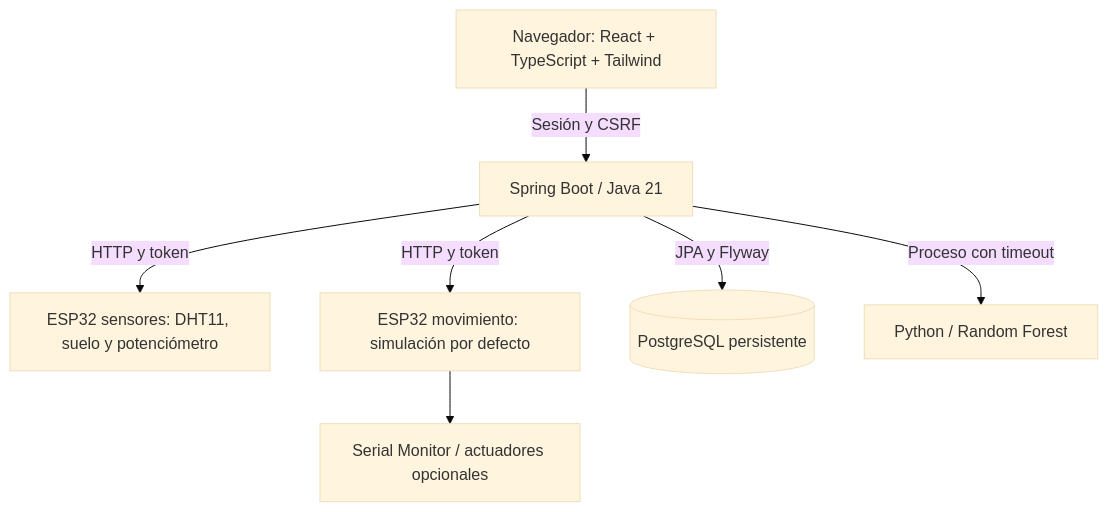
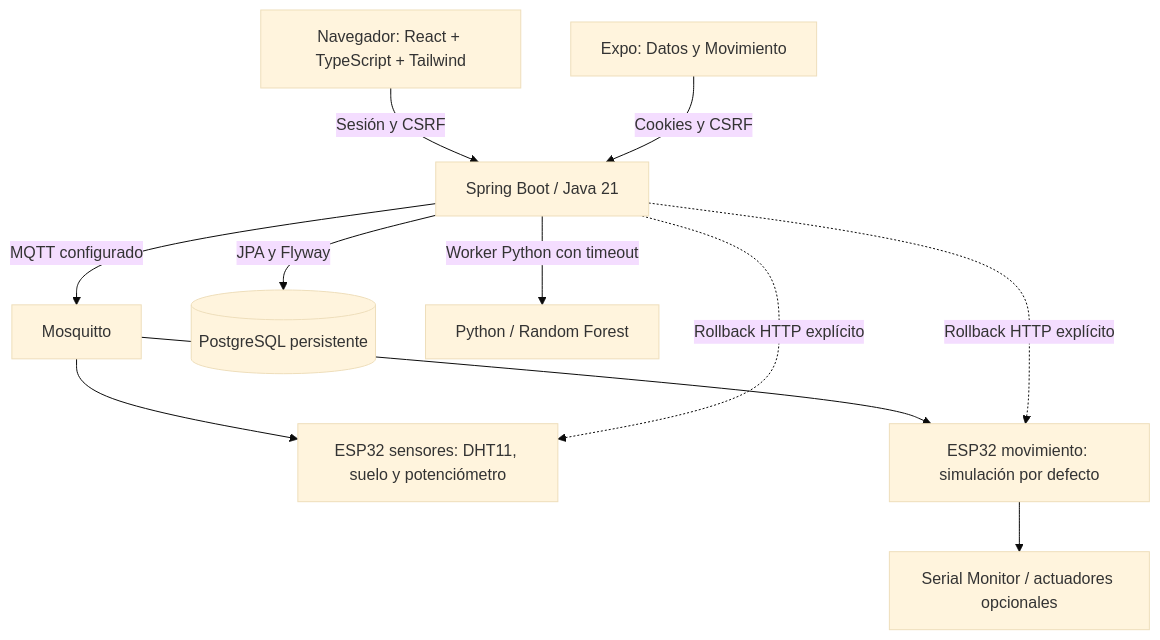
Before and after one commit to leonardolandeo-a11y/PlantClassifier: the diagram in README.md, drawn with Mermaid (base theme). The commit also changed other lines of this file and 62 other files, not shown here.

````diff
--- a/README.md
+++ b/README.md
@@ -14,9 +14,13 @@
 ```mermaid
 flowchart TD
     UI[Navegador: React + TypeScript + Tailwind] -->|Sesión y CSRF| API[Spring Boot / Java 21]
-    API -->|HTTP y token| SENSOR[ESP32 sensores: DHT11, suelo y potenciómetro]
-    API -->|HTTP y token| MOTOR[ESP32 movimiento: simulación por defecto]
+    MOBILE[Expo: Datos y Movimiento] -->|Cookies y CSRF| API
+    API -->|MQTT configurado| BROKER[Mosquitto]
+    BROKER --> SENSOR[ESP32 sensores: DHT11, suelo y potenciómetro]
+    BROKER --> MOTOR[ESP32 movimiento: simulación por defecto]
+    API -.->|Rollback HTTP explícito| SENSOR
+    API -.->|Rollback HTTP explícito| MOTOR
     API -->|JPA y Flyway| DB[(PostgreSQL persistente)]
-    API -->|Proceso con timeout| ML[Python / Random Forest]
+    API -->|Worker Python con timeout| ML[Python / Random Forest]
     MOTOR --> SERIAL[Serial Monitor / actuadores opcionales]
 ```
````
